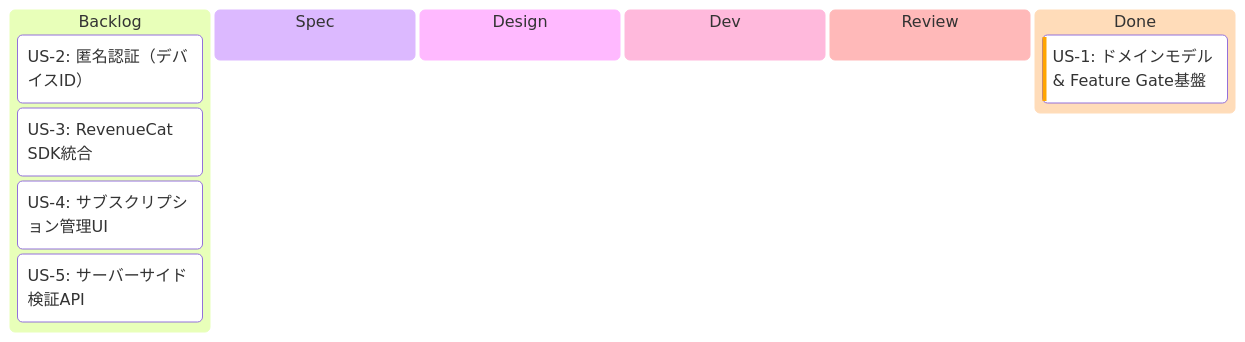
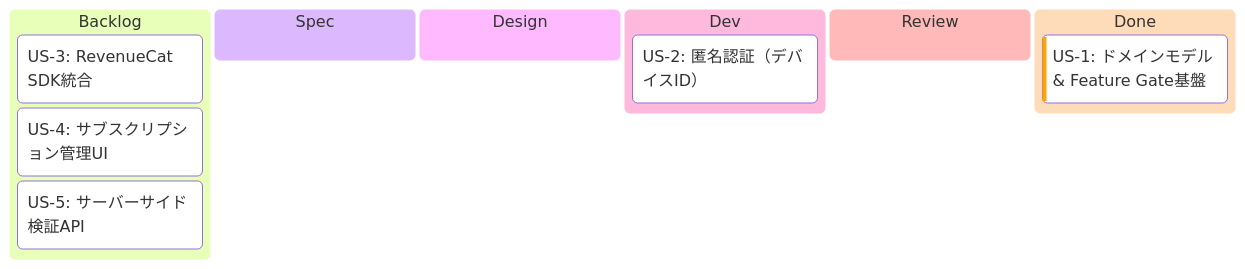
Before and after one commit to saki0000/collab-stream: the first of 2 diagrams in implement-context/subscription/EPIC.md, drawn with Mermaid. The commit also changed other lines of this file and 9 other files, not shown here.

First line of the commit message:
feat: 匿名認証（デバイスID）のデータ層を実装（サブスクリプション US-2）

````diff
--- a/implement-context/subscription/EPIC.md
+++ b/implement-context/subscription/EPIC.md
@@ -25,19 +25,19 @@
 ```mermaid
 ---
 config:
   kanban:
     ticketBaseUrl: ''
 ---
 kanban
   backlog[Backlog]
-    us2[US-2: 匿名認証（デバイスID）]
     us3[US-3: RevenueCat SDK統合]
     us4[US-4: サブスクリプション管理UI]
     us5[US-5: サーバーサイド検証API]
   spec[Spec]
   design[Design]
   dev[Dev]
+    us2[US-2: 匿名認証（デバイスID）]
   review[Review]
   done[Done]
     us1[US-1: ドメインモデル & Feature Gate基盤]@{ priority: 'High' }
 ```
````
